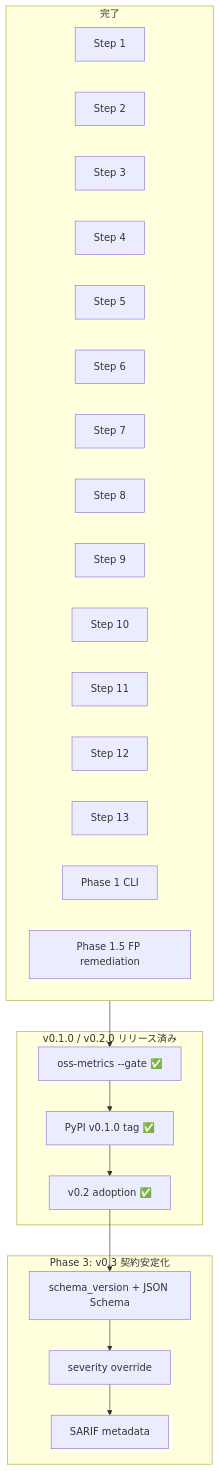
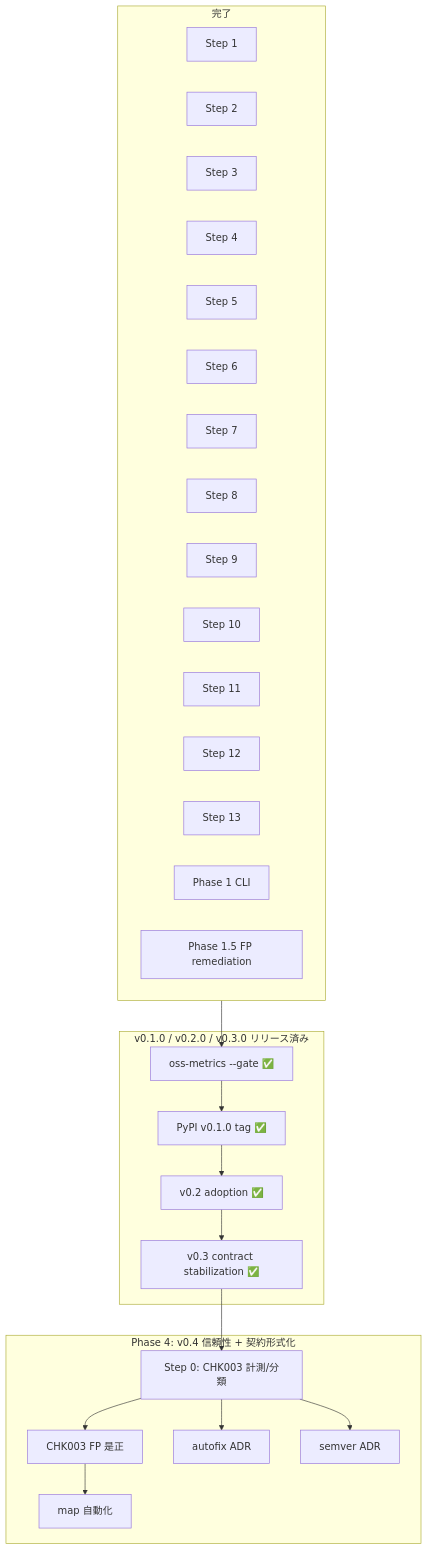
Before and after one commit to watany-dev/chokkin: the diagram in docs/dev/plans/README.md, drawn with Mermaid. The commit also changed other lines of this file and 1 other file, not shown here.

Commit message:
docs: add v0.4 plan — reliability (CHK003 FP) + contract formalization

````diff
--- a/docs/dev/plans/README.md
+++ b/docs/dev/plans/README.md
@@ -42,39 +42,45 @@
 ```mermaid
 flowchart TB
   subgraph done [完了]
     S1[Step 1]
     S2[Step 2]
     S3[Step 3]
     S4[Step 4]
     S5[Step 5]
     S6[Step 6]
     S7[Step 7]
     S8[Step 8]
     S9[Step 9]
     S10[Step 10]
     S11[Step 11]
     S12[Step 12]
     S13[Step 13]
     P1[Phase 1 CLI]
     P15[Phase 1.5 FP remediation]
   end
 
-  subgraph released [v0.1.0 / v0.2.0 リリース済み]
+  subgraph released [v0.1.0 / v0.2.0 / v0.3.0 リリース済み]
     GATE[oss-metrics --gate ✅]
     TAG[PyPI v0.1.0 tag ✅]
     V02[v0.2 adoption ✅]
+    V03[v0.3 contract stabilization ✅]
   end
 
-  subgraph current [Phase 3: v0.3 契約安定化]
-    SCHEMA[schema_version + JSON Schema]
-    SEVERITY[severity override]
-    SARIF[SARIF metadata]
+  subgraph current [Phase 4: v0.4 信頼性 + 契約形式化]
+    CHK003[Step 0: CHK003 計測/分類]
+    A1[CHK003 FP 是正]
+    A2[map 自動化]
+    B1[autofix ADR]
+    B2[semver ADR]
   end
 
   done --> GATE
   GATE --> TAG
   TAG --> V02
-  V02 --> SCHEMA
-  SCHEMA --> SEVERITY
-  SEVERITY --> SARIF
+  V02 --> V03
+  V03 --> CHK003
+  CHK003 --> A1
+  CHK003 --> B1
+  A1 --> A2
+  CHK003 --> B2
 ```
````
